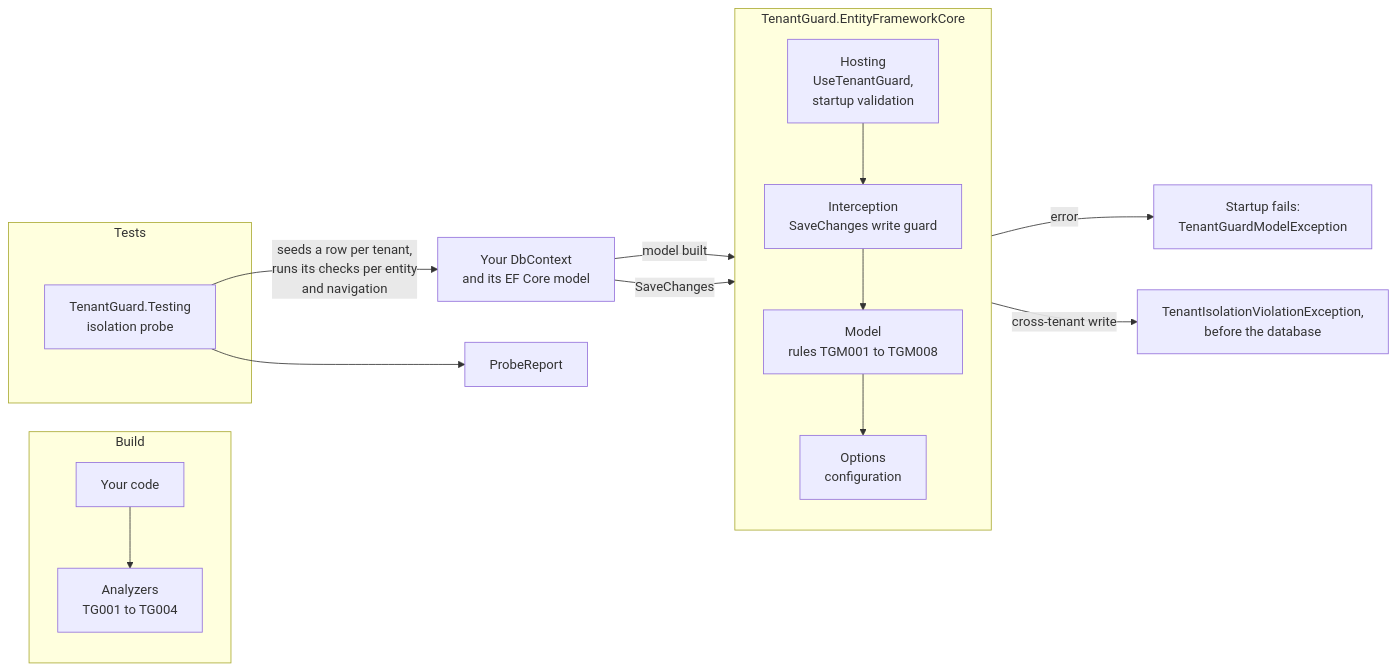
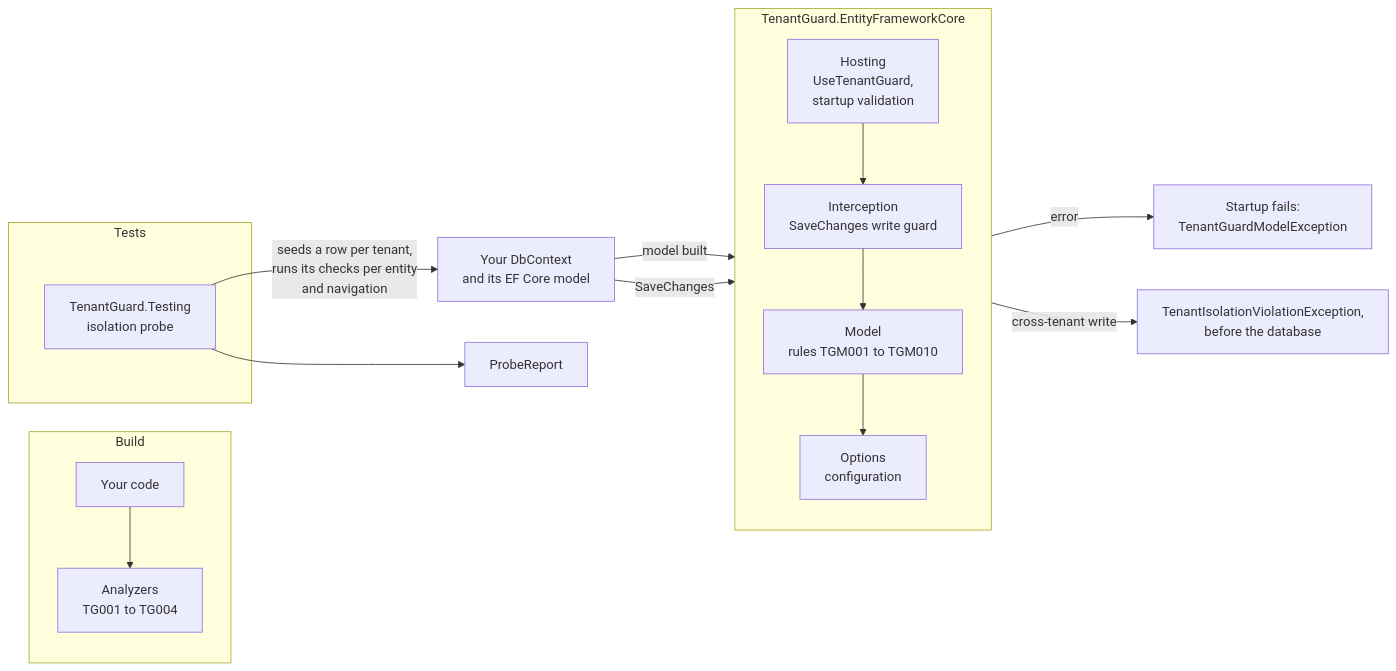
The diagram in README.md (jimmykurian/tenantguard), drawn with Mermaid before and after one commit. The commit also changed other lines of this file and 26 other files, not shown here.

First line of the commit message:
feat(model): add TGM009 and TGM010 for the tenant index (#56)

````diff
--- a/README.md
+++ b/README.md
@@ -223,23 +225,23 @@
 ```mermaid
 flowchart LR
     subgraph build["Build"]
         src["Your code"] --> analyzers["Analyzers<br/>TG001 to TG004"]
     end
     subgraph runtime["TenantGuard.EntityFrameworkCore"]
         direction TB
         hosting["Hosting<br/>UseTenantGuard,<br/>startup validation"]
         guard["Interception<br/>SaveChanges write guard"]
-        rules["Model<br/>rules TGM001 to TGM008"]
+        rules["Model<br/>rules TGM001 to TGM010"]
         options["Options<br/>configuration"]
         hosting --> guard --> rules --> options
     end
     subgraph tests["Tests"]
         probe["TenantGuard.Testing<br/>isolation probe"]
     end
     model["Your DbContext<br/>and its EF Core model"] -->|"model built"| rules
     model -->|"SaveChanges"| guard
     rules -->|"error"| fail["Startup fails:<br/>TenantGuardModelException"]
     guard -->|"cross-tenant write"| block["TenantIsolationViolationException,<br/>before the database"]
     probe -->|"seeds a row per tenant,<br/>runs its checks per entity<br/>and navigation"| model
     probe --> report["ProbeReport"]
 ```
````
